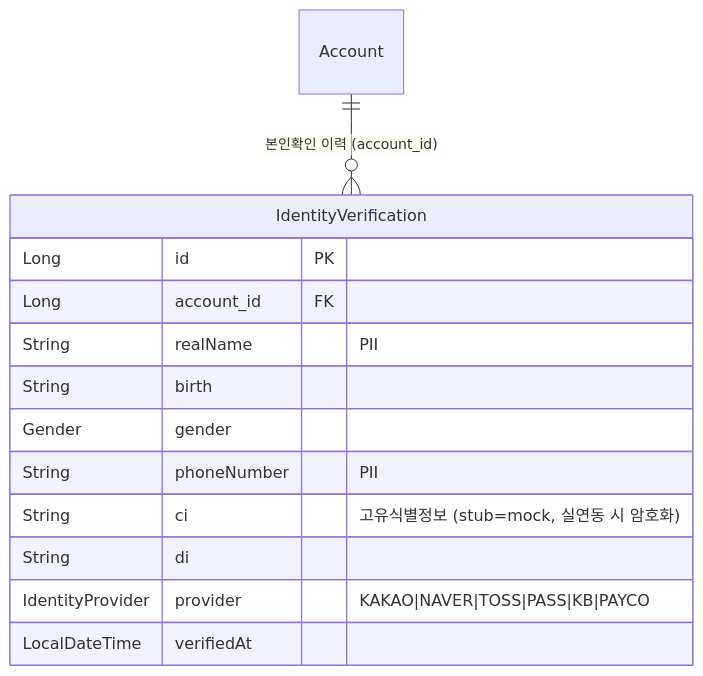
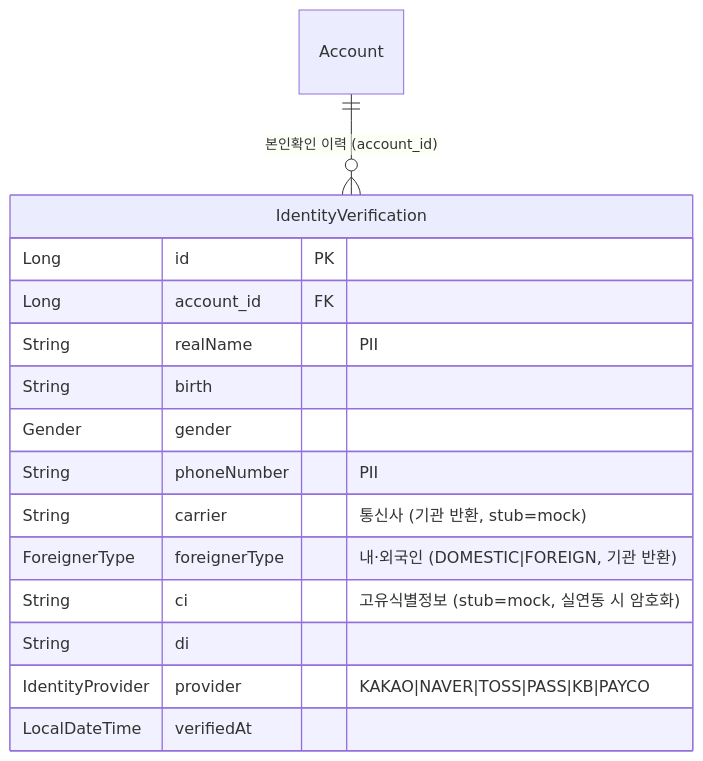
Before and after one commit to pungdong/Pungdong-Backend: the third of 3 diagrams in docs/architecture/identity-verification.md, drawn with Mermaid. The commit also changed other lines of this file and 6 other files, not shown here.

````diff
--- a/docs/architecture/identity-verification.md
+++ b/docs/architecture/identity-verification.md
@@ -74,17 +74,19 @@
 ```mermaid
 erDiagram
     Account ||--o{ IdentityVerification : "본인확인 이력 (account_id)"
 
     IdentityVerification {
         Long id PK
         Long account_id FK
         String realName "PII"
         String birth
         Gender gender
         String phoneNumber "PII"
+        String carrier "통신사 (기관 반환, stub=mock)"
+        ForeignerType foreignerType "내·외국인 (DOMESTIC|FOREIGN, 기관 반환)"
         String ci "고유식별정보 (stub=mock, 실연동 시 암호화)"
         String di
         IdentityProvider provider "KAKAO|NAVER|TOSS|PASS|KB|PAYCO"
         LocalDateTime verifiedAt
     }
 ```
````
